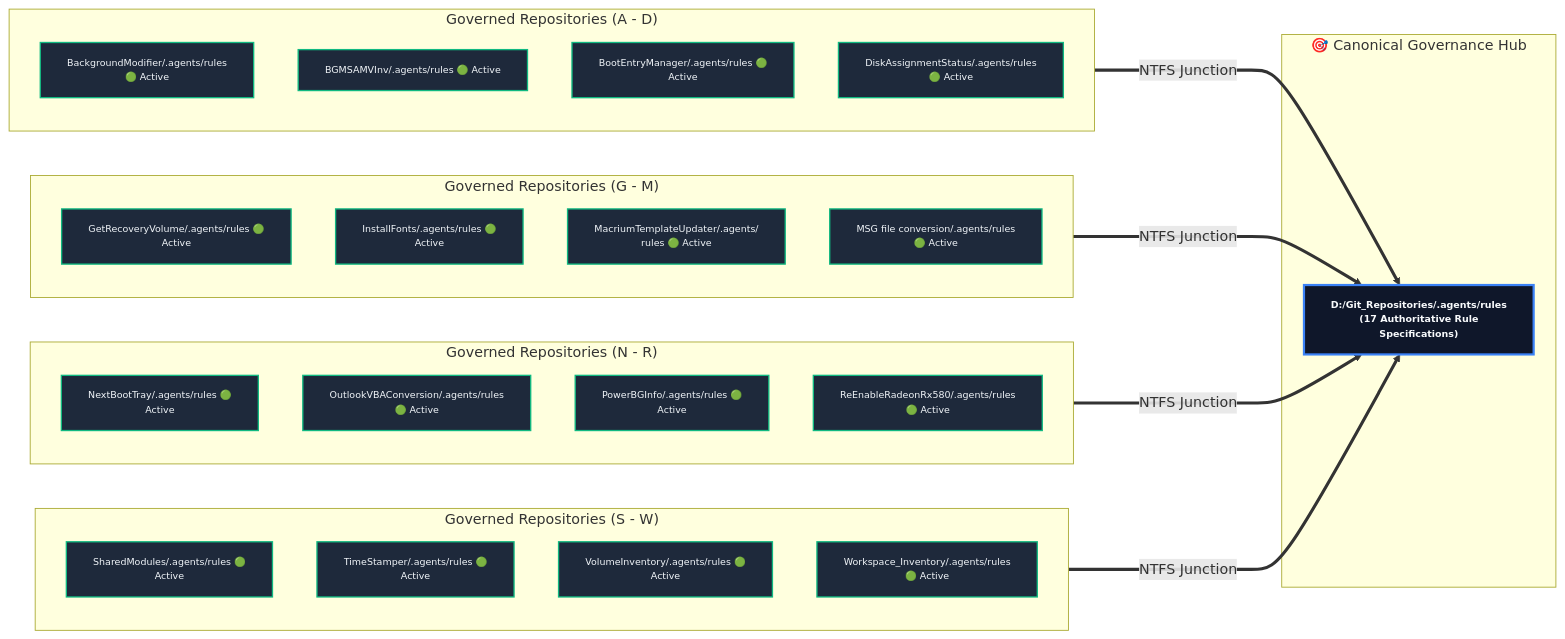
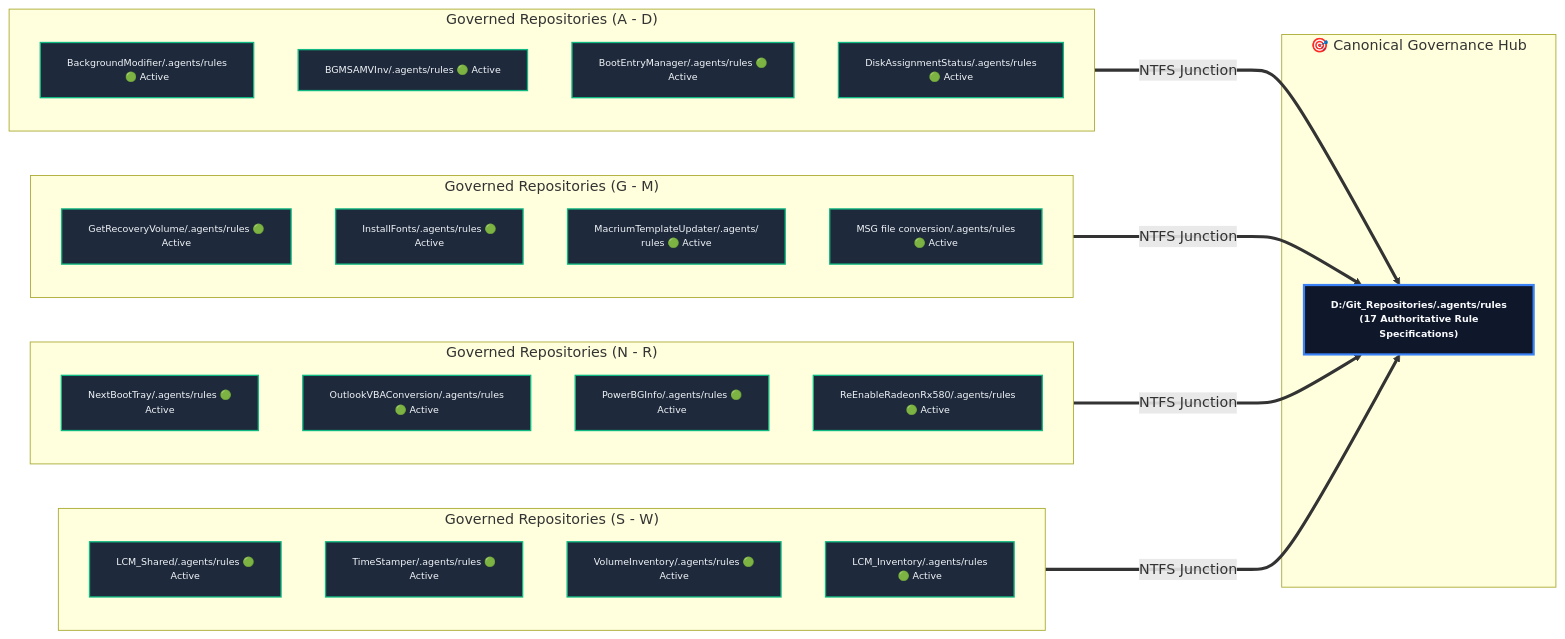
The second of 2 diagrams in docs/LCM-Rules-Cross-Reference.md (rgbigel/Workspace_AI), drawn with Mermaid before and after one commit. The commit also changed other lines of this file and 100 other files, not shown here.

First line of the commit message:
chore(lcm): snapshot new workspace structure

````diff
--- a/docs/LCM-Rules-Cross-Reference.md
+++ b/docs/LCM-Rules-Cross-Reference.md
@@ -63,48 +63,48 @@
 ```mermaid
 flowchart LR
     classDef default font-size:8pt;
     classDef hub fill:#0f172a,stroke:#3b82f6,stroke-width:2.5px,color:#f8fafc,font-weight:bold,font-size:8pt;
     classDef repo fill:#1e293b,stroke:#10b981,stroke-width:1.5px,color:#f1f5f9,font-size:8pt;
 
     subgraph HUB_CLUSTER["🎯 Canonical Governance Hub"]
         HUB["D:/Git_Repositories/.agents/rules<br/>(17 Authoritative Rule<br/>Specifications)"]:::hub
     end
 
     subgraph COL1["Governed Repositories (A - D)"]
         direction TB
         R01["BackgroundModifier/.agents/rules<br/>🟢 Active"]:::repo
         R02["BGMSAMVInv/.agents/rules  🟢 Active"]:::repo
         R03["BootEntryManager/.agents/rules  🟢<br/>Active"]:::repo
         R04["DiskAssignmentStatus/.agents/rules<br/>🟢 Active"]:::repo
     end
 
     subgraph COL2["Governed Repositories (G - M)"]
         direction TB
         R05["GetRecoveryVolume/.agents/rules  🟢<br/>Active"]:::repo
         R06["InstallFonts/.agents/rules  🟢<br/>Active"]:::repo
         R07["MacriumTemplateUpdater/.agents/<br/>rules  🟢 Active"]:::repo
         R08["MSG file conversion/.agents/rules<br/>🟢 Active"]:::repo
     end
 
     subgraph COL3["Governed Repositories (N - R)"]
         direction TB
         R09["NextBootTray/.agents/rules  🟢<br/>Active"]:::repo
         R10["OutlookVBAConversion/.agents/rules<br/>🟢 Active"]:::repo
         R11["PowerBGInfo/.agents/rules  🟢<br/>Active"]:::repo
         R12["ReEnableRadeonRx580/.agents/rules<br/>🟢 Active"]:::repo
     end
 
     subgraph COL4["Governed Repositories (S - W)"]
         direction TB
-        R13["SharedModules/.agents/rules  🟢<br/>Active"]:::repo
+        R13["LCM_Shared/.agents/rules  🟢<br/>Active"]:::repo
         R14["TimeStamper/.agents/rules  🟢<br/>Active"]:::repo
         R15["VolumeInventory/.agents/rules  🟢<br/>Active"]:::repo
-        R16["Workspace_Inventory/.agents/rules<br/>🟢 Active"]:::repo
+        R16["LCM_Inventory/.agents/rules<br/>🟢 Active"]:::repo
     end
 
     COL1 ===>|"NTFS Junction"| HUB
     COL2 ===>|"NTFS Junction"| HUB
     COL3 ===>|"NTFS Junction"| HUB
     COL4 ===>|"NTFS Junction"| HUB
 
 ```
````
